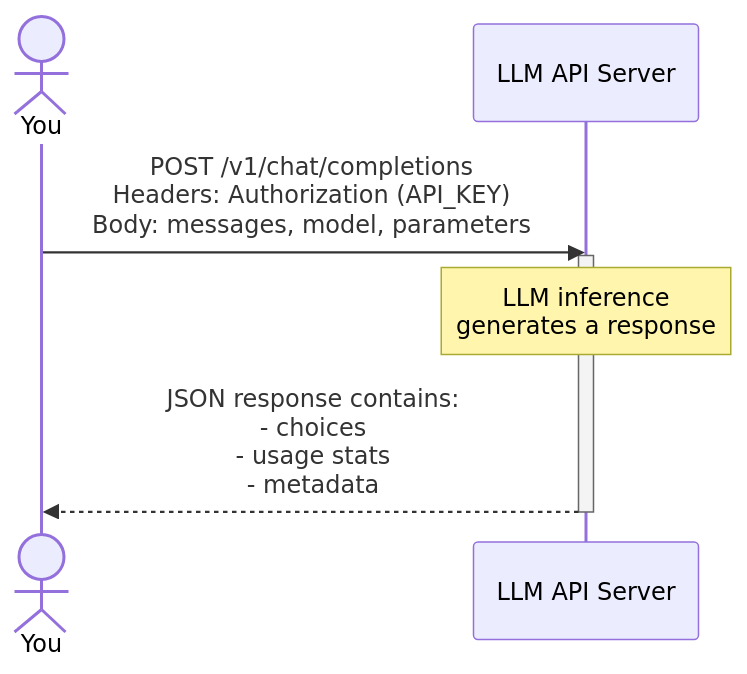
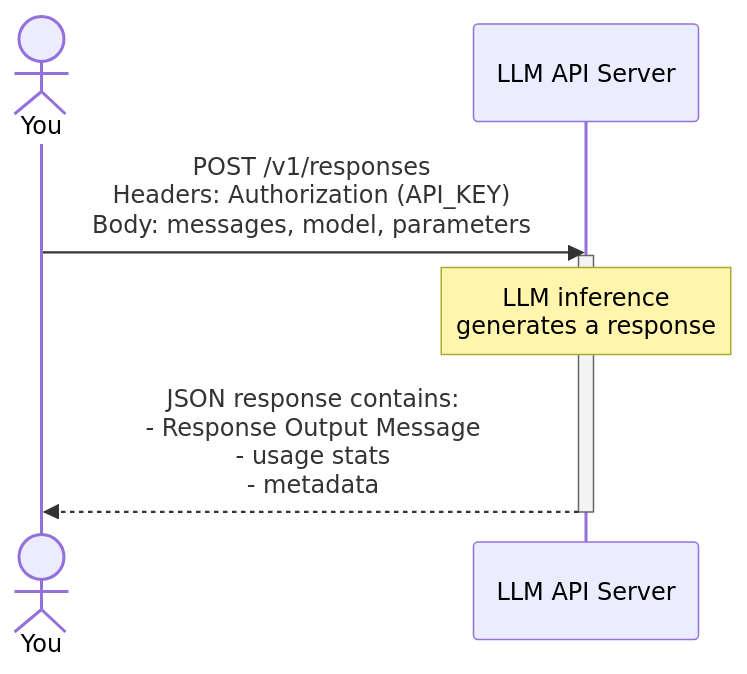
Before and after one commit to NYU-RTS/llm-forc: the diagram in presentation/slides.md, drawn with Mermaid.

Commit message:
responses api

````diff
--- a/presentation/slides.md
+++ b/presentation/slides.md
@@ -257,12 +257,12 @@
 ```mermaid {scale: 0.75}
 sequenceDiagram
     actor U as You
     participant Server as LLM API Server
 
-    U->>Server: POST /v1/chat/completions <br/> Headers: Authorization (API_KEY)<br/>Body: messages, model, parameters
+    U->>Server: POST /v1/responses <br/> Headers: Authorization (API_KEY)<br/>Body: messages, model, parameters
     activate Server
     Note over Server: LLM inference  <br/> generates a response
-    Server-->>U: JSON response contains:<br/>- choices<br/>- usage stats<br/>- metadata
+    Server-->>U: JSON response contains:<br/>- Response Output Message<br/>- usage stats<br/>- metadata
     deactivate Server
 
 ```
````
